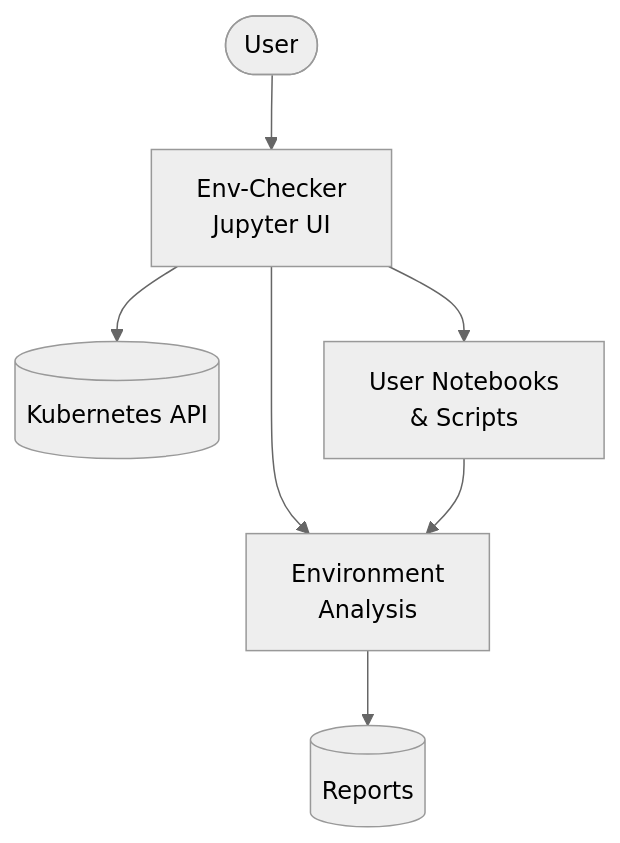
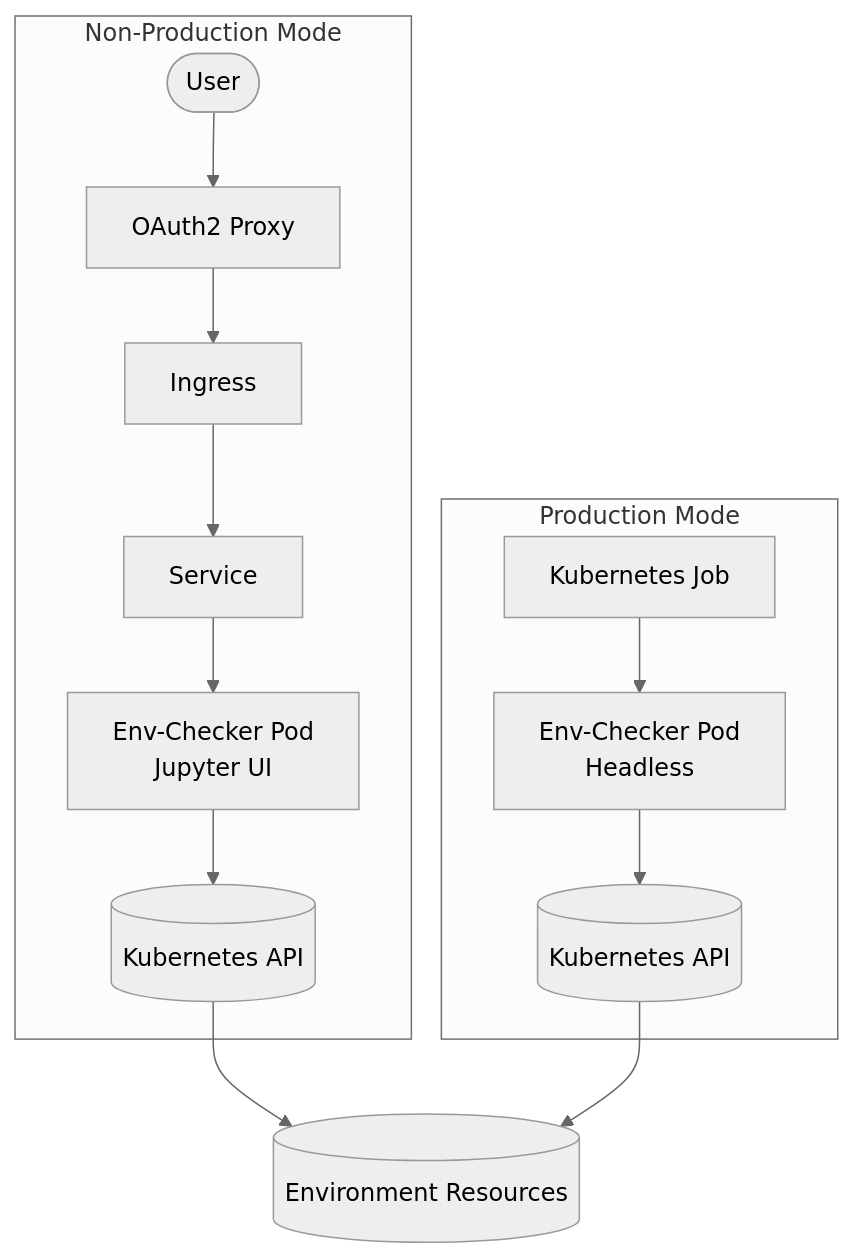
Before and after one commit to Netcracker/qubership-env-checker: the diagram in README.md, drawn with Mermaid (neutral theme). The commit also changed other lines of this file, not shown here.

Commit message:
docs: add description of PROD/non PROD modes

````diff
--- a/README.md
+++ b/README.md
@@ -163,10 +133,18 @@
 ```mermaid
 flowchart TB
-    A([User]) --> B[Env-Checker<br/>Jupyter UI]
-    B --> C[(Kubernetes API)]
-    B --> D[Environment<br/>Analysis]
-    B --> F[User Notebooks<br/>& Scripts]
+    subgraph "Non-Production Mode"
+        A([User]) --> B[OAuth2 Proxy]
+        B --> C[Ingress]  
+        C --> D[Service]
+        D --> E[Env-Checker Pod<br/>Jupyter UI]
+        E --> F[(Kubernetes API)]
+    end
     
-    F --> D
-    D --> E[(Reports)]
+    subgraph "Production Mode"
+        I[Kubernetes Job] --> J[Env-Checker Pod<br/>Headless]
+        J --> K[(Kubernetes API)]
+    end
+    
+    F --> N[(Environment Resources)]
+    K --> N
 ```
````
